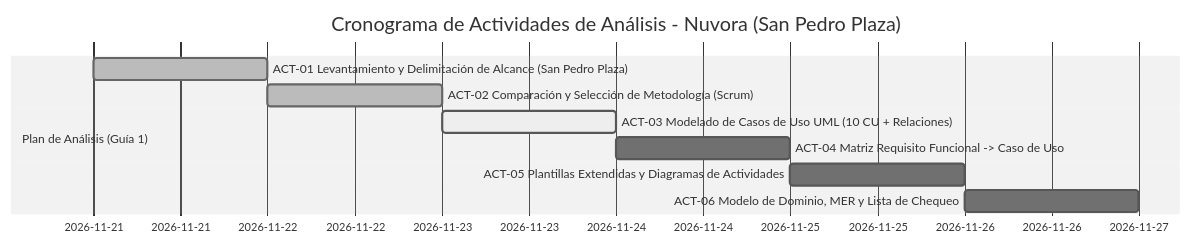
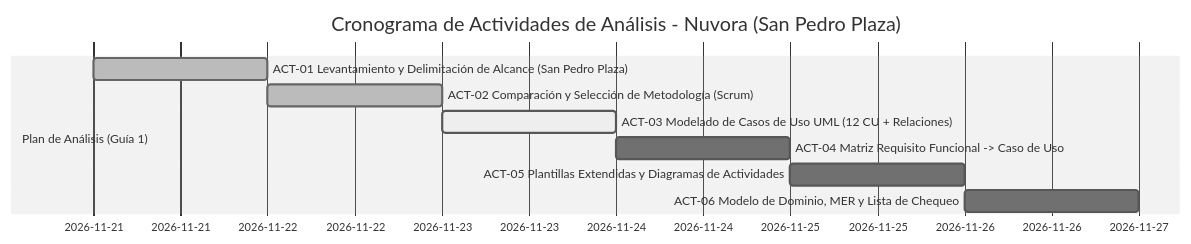
The diagram in 02-training-project/01-phase/01-analysis/03-conceptual-model/04-evidence-learning/G1-P1-esquivel/03-plan-actividades-analisis.md (edwin-esquivel-ADSO/ADSO-3413974), drawn with Mermaid (neutral theme) before and after one commit. The commit also changed other lines of this file and 6 other files, not shown here.

````diff
--- a/02-training-project/01-phase/01-analysis/03-conceptual-model/04-evidence-learning/G1-P1-esquivel/03-plan-actividades-analisis.md
+++ b/02-training-project/01-phase/01-analysis/03-conceptual-model/04-evidence-learning/G1-P1-esquivel/03-plan-actividades-analisis.md
@@ -38,12 +38,12 @@
 ```mermaid
 gantt
     title Cronograma de Actividades de Análisis - Nuvora (San Pedro Plaza)
     dateFormat  YYYY-MM-DD
     section Plan de Análisis (Guía 1)
     ACT-01 Levantamiento y Delimitación de Alcance (San Pedro Plaza) :done,    act1, 2026-11-21, 2026-11-22
     ACT-02 Comparación y Selección de Metodología (Scrum)          :done,    act2, 2026-11-22, 2026-11-23
-    ACT-03 Modelado de Casos de Uso UML (10 CU + Relaciones)       :active,  act3, 2026-11-23, 2026-11-24
+    ACT-03 Modelado de Casos de Uso UML (12 CU + Relaciones)       :active,  act3, 2026-11-23, 2026-11-24
     ACT-04 Matriz Requisito Funcional -> Caso de Uso               :         act4, 2026-11-24, 2026-11-25
     ACT-05 Plantillas Extendidas y Diagramas de Actividades        :         act5, 2026-11-25, 2026-11-26
     ACT-06 Modelo de Dominio, MER y Lista de Chequeo               :         act6, 2026-11-26, 2026-11-27
 ```
````
